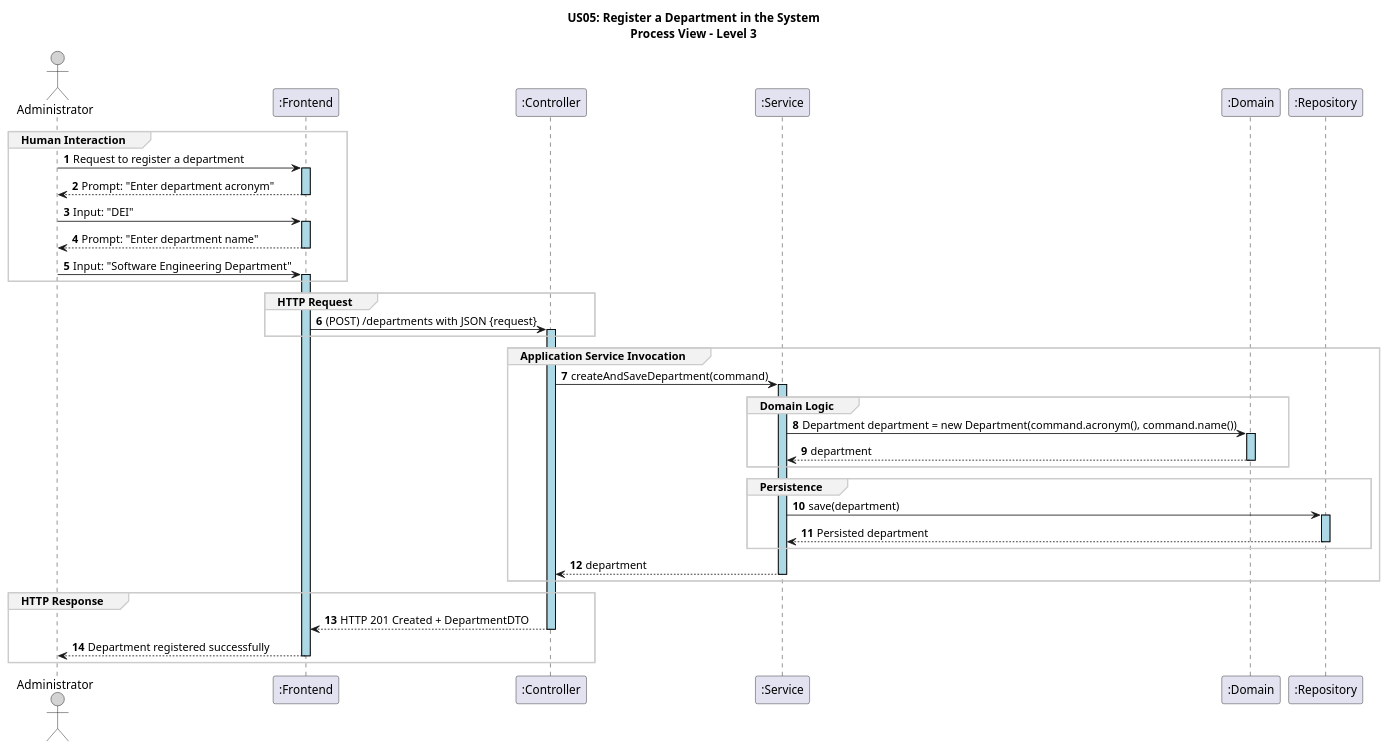
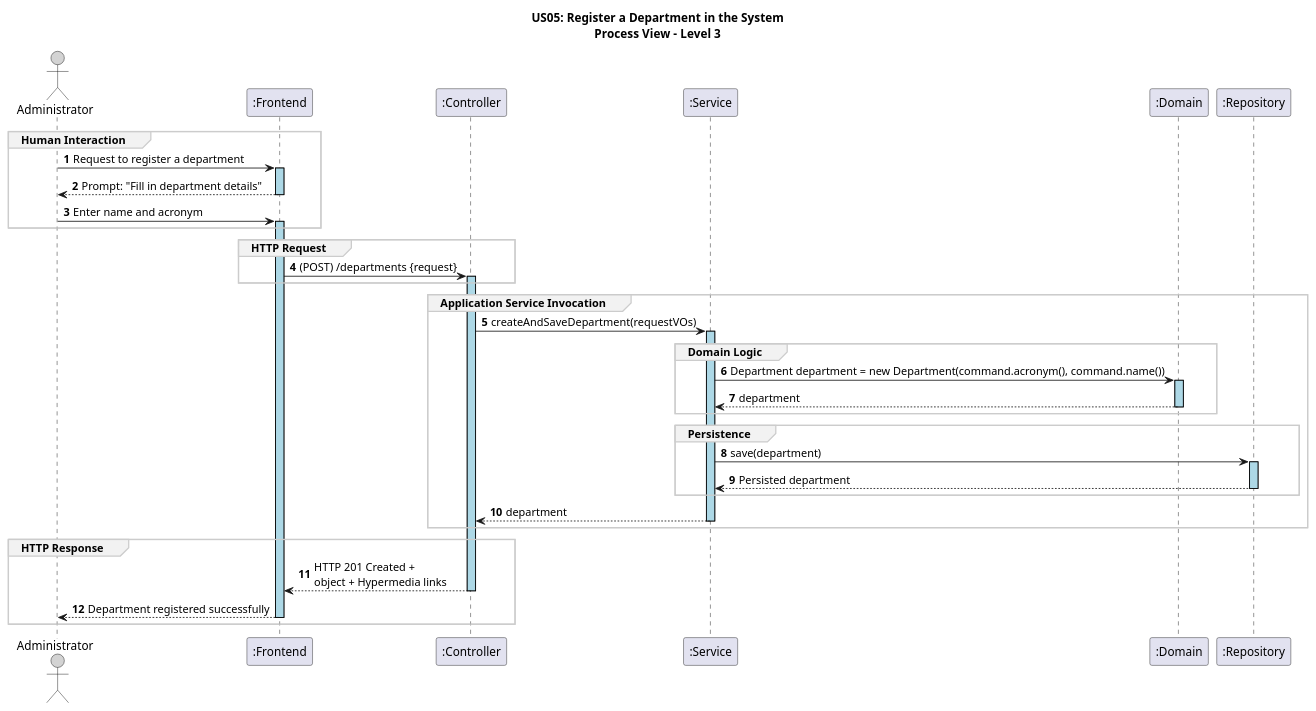
One commit to GasparISEP/DevOps-PAI changed the diagram in docs/US05/sprint6_RestAPI/ProcessView/US05_RestAPI_ProcessView_Level3.puml. Above: the diagram before and after it, drawn with PlantUML. The commit also changed 3 other files, not shown here.

Commit message:
doc: refactor process diagrams to reflect future implementation (refs #500, refs #575)

```diff
--- a/docs/US05/sprint6_RestAPI/ProcessView/US05_RestAPI_ProcessView_Level3.puml
+++ b/docs/US05/sprint6_RestAPI/ProcessView/US05_RestAPI_ProcessView_Level3.puml
@@ -1,55 +1,53 @@
 @startuml
 autonumber
 
 skinparam sequence {
     LifelineBorderColor black
     LifelineBackgroundColor LightBlue
     ActorBorderColor black
     ActorBackgroundColor LightGray
     GroupBorderColor #cccccc
     GroupBackgroundColor #f2f2f2
 }
 
 title US05: Register a Department in the System\nProcess View – Level 3
 
 actor ADM as "Administrator"
 participant ":Frontend" as FE
 participant ":Controller" as CT
 participant ":Service" as SE
 participant ":Domain" as DM
 participant ":Repository" as RE
 
 group Human Interaction
 ADM -> FE ++: Request to register a department
-FE --> ADM --: Prompt: "Enter department acronym"
-ADM -> FE ++: Input: "DEI"
-FE --> ADM --: Prompt: "Enter department name"
-ADM -> FE ++: Input: "Software Engineering Department"
+FE --> ADM --: Prompt: "Fill in department details"
+ADM -> FE ++: Enter name and acronym
 end group
 
 group HTTP Request
-FE -> CT ++: (POST) /departments with JSON {request}
+FE -> CT ++: (POST) /departments {request}
 end group
 
 group Application Service Invocation
-CT -> SE ++: createAndSaveDepartment(command)
+CT -> SE ++: createAndSaveDepartment(requestVOs)
 
 group Domain Logic
 SE -> DM ++: Department department = new Department(command.acronym(), command.name())
 DM --> SE --: department
 end group
 
 group Persistence
 SE -> RE ++: save(department)
 RE --> SE --: Persisted department
 end group
 
 SE --> CT --: department
 end group
 
 group HTTP Response
-CT --> FE --: HTTP 201 Created + DepartmentDTO
+CT --> FE --: HTTP 201 Created + \nobject + Hypermedia links
 FE --> ADM --: Department registered successfully
 end group
 
 @enduml
```
